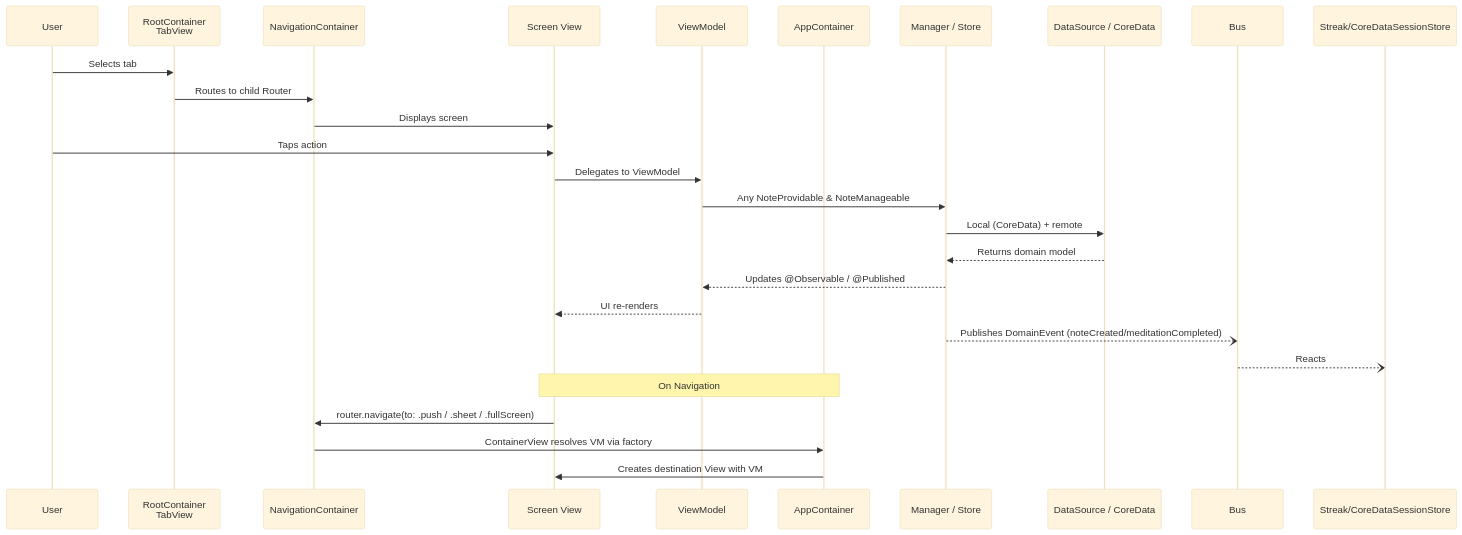
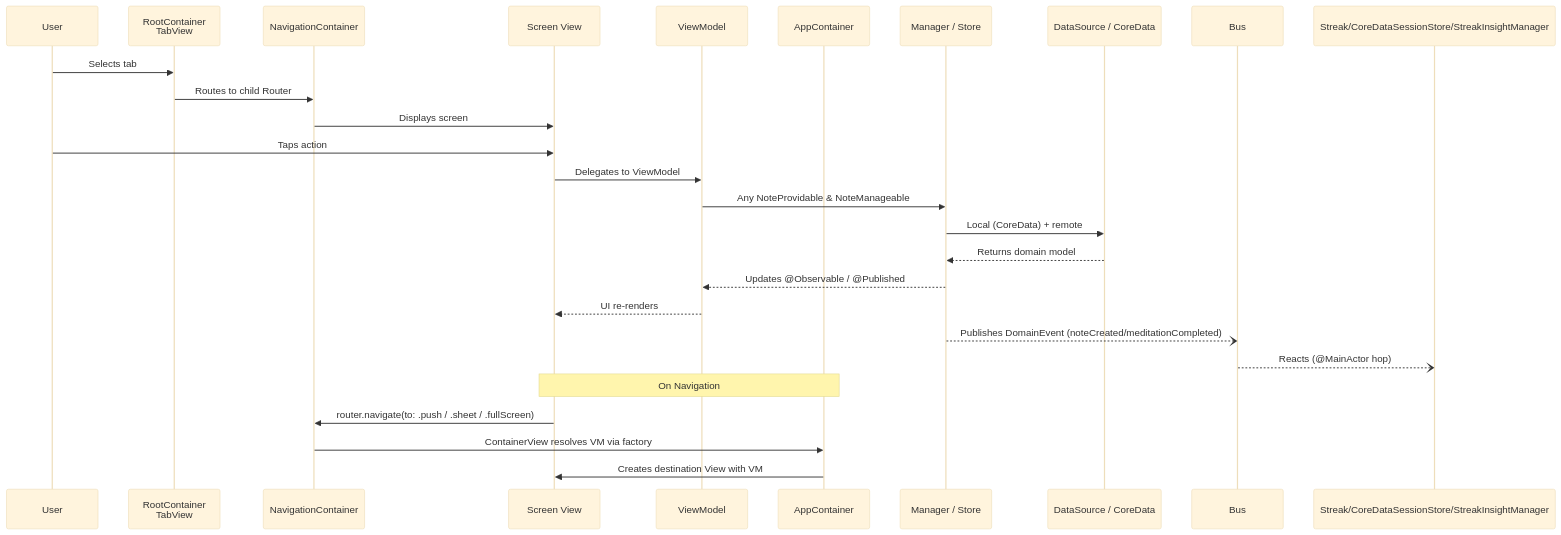
Before and after one commit to kwazzar/MeditateAndNote: the seventh of 8 diagrams in ARCHITECTURE.md, drawn with Mermaid (base theme). The commit also changed other lines of this file, not shown here.

Commit message:
docs: update ARCHITECTURE.md for onboarding, reminders, streak insights and concurrency changes

````diff
--- a/ARCHITECTURE.md
+++ b/ARCHITECTURE.md
@@ -263,30 +368,30 @@
 ```mermaid
 sequenceDiagram
     participant User
     participant Tab as RootContainer<br/>TabView
     participant Nav as NavigationContainer
     participant View as Screen View
     participant VM as ViewModel
     participant Container as AppContainer
     participant Mgr as Manager / Store
     participant DS as DataSource / CoreData
 
     User->>Tab: Selects tab
     Tab->>Nav: Routes to child Router
     Nav->>View: Displays screen
 
     User->>View: Taps action
     View->>VM: Delegates to ViewModel
     VM->>Mgr: Any NoteProvidable & NoteManageable
     Mgr->>DS: Local (CoreData) + remote
     DS-->>Mgr: Returns domain model
     Mgr-->>VM: Updates @Observable / @Published
     VM-->>View: UI re-renders
     Mgr--)Bus: Publishes DomainEvent (noteCreated/meditationCompleted)
-    Bus--)Streak/CoreDataSessionStore: Reacts
+    Bus--)Streak/CoreDataSessionStore/StreakInsightManager: Reacts (@MainActor hop)
 
     Note over View,Container: On Navigation
     View->>Nav: router.navigate(to: .push / .sheet / .fullScreen)
     Nav->>Container: ContainerView resolves VM via factory
     Container->>View: Creates destination View with VM
 ```
````
